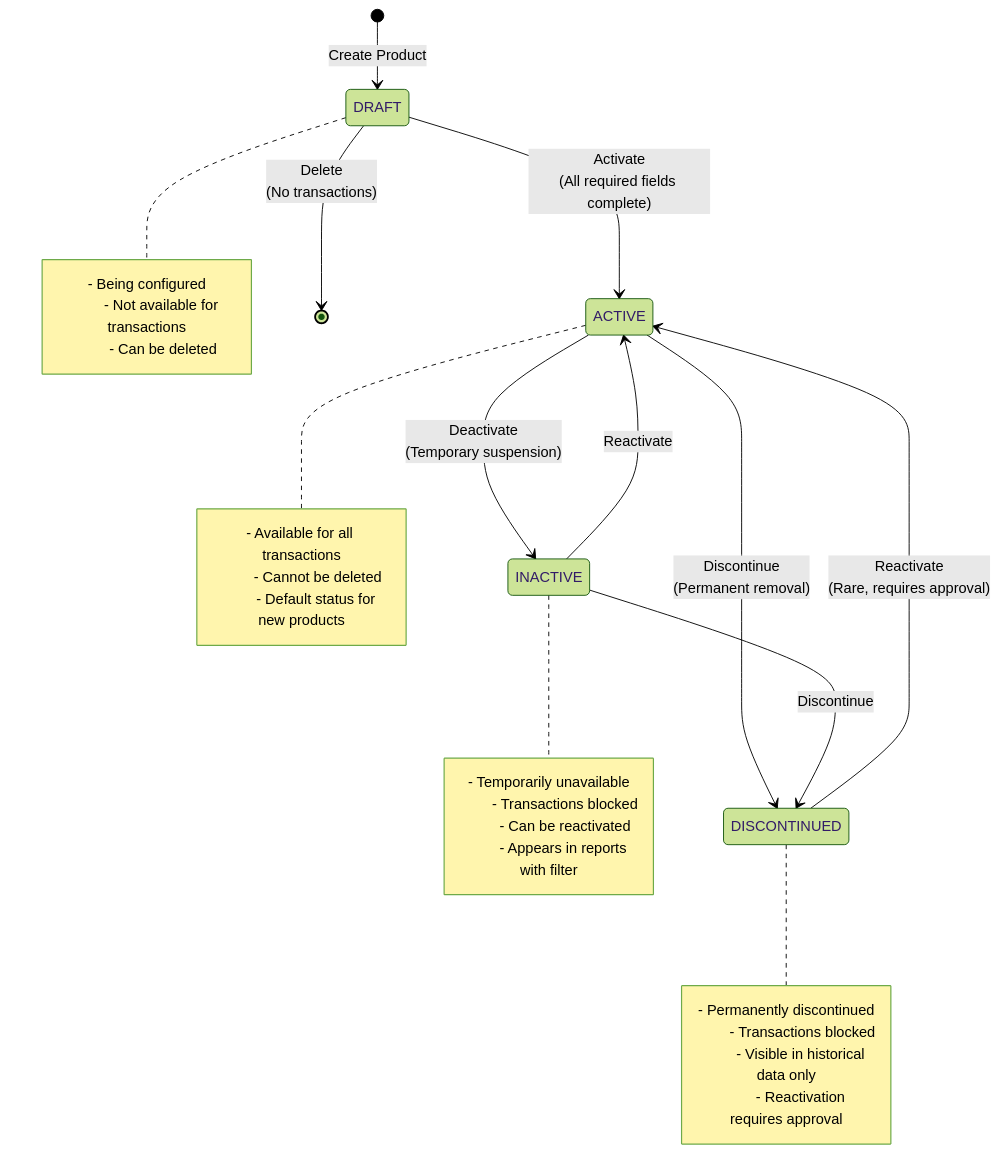
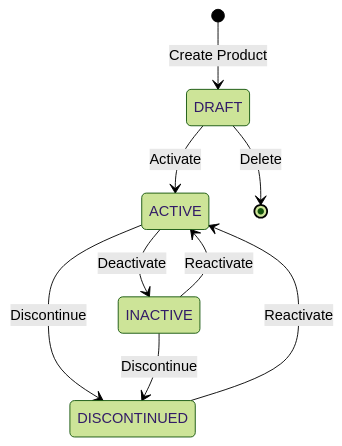
One commit to PeakMNA/carmen changed diagram 11 of 20 in docs/app/product-management/products/FD-products.md. Above: the diagram before and after it, drawn with Mermaid (forest theme). The commit also changed other lines of this file and 473 other files, not shown here.

````diff
--- a/docs/app/product-management/products/FD-products.md
+++ b/docs/app/product-management/products/FD-products.md
@@ -376,41 +385,15 @@
 ```mermaid
 stateDiagram-v2
     [*] --> DRAFT: Create Product
 
-    DRAFT --> ACTIVE: Activate<br>(All required fields complete)
-    DRAFT --> [*]: Delete<br>(No transactions)
+    DRAFT --> ACTIVE: Activate
+    DRAFT --> [*]: Delete
 
-    ACTIVE --> INACTIVE: Deactivate<br>(Temporary suspension)
-    ACTIVE --> DISCONTINUED: Discontinue<br>(Permanent removal)
+    ACTIVE --> INACTIVE: Deactivate
+    ACTIVE --> DISCONTINUED: Discontinue
 
     INACTIVE --> ACTIVE: Reactivate
     INACTIVE --> DISCONTINUED: Discontinue
 
-    DISCONTINUED --> ACTIVE: Reactivate<br>(Rare, requires approval)
-
-    note right of DRAFT
-        - Being configured
-        - Not available for transactions
-        - Can be deleted
-    end note
-
-    note right of ACTIVE
-        - Available for all transactions
-        - Cannot be deleted
-        - Default status for new products
-    end note
-
-    note right of INACTIVE
-        - Temporarily unavailable
-        - Transactions blocked
-        - Can be reactivated
-        - Appears in reports with filter
-    end note
-
-    note right of DISCONTINUED
-        - Permanently discontinued
-        - Transactions blocked
-        - Visible in historical data only
-        - Reactivation requires approval
-    end note
+    DISCONTINUED --> ACTIVE: Reactivate
 ```
````
